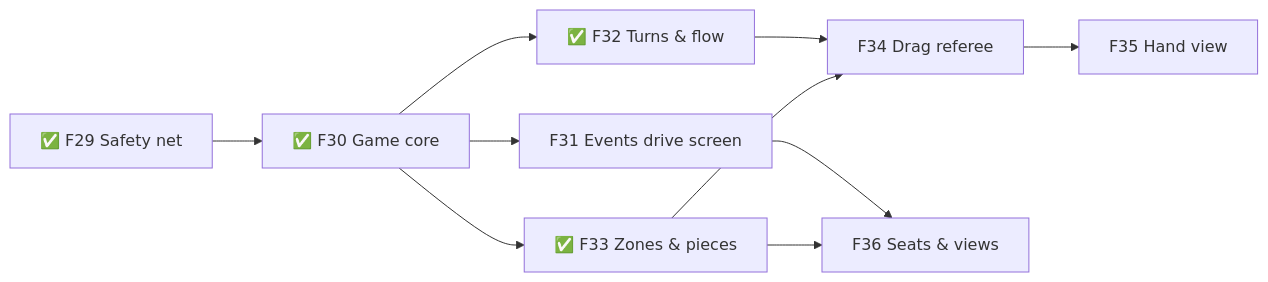
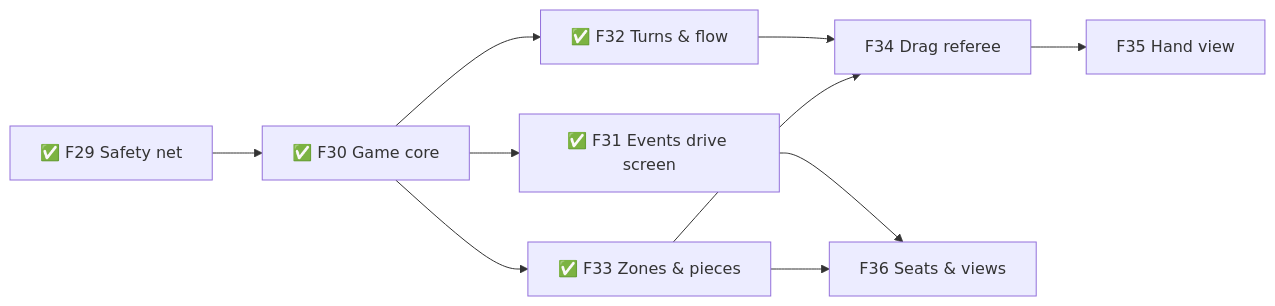
Before and after one commit to TheBlueMuzzy/glyphtender: the sixth of 6 diagrams in .planning/ROADMAP.md, drawn with Mermaid. The commit also changed other lines of this file and 3 other files, not shown here.

````diff
--- a/.planning/ROADMAP.md
+++ b/.planning/ROADMAP.md
@@ -123,12 +123,12 @@
 ```mermaid
 flowchart LR
   F29[✅ F29 Safety net] --> F30[✅ F30 Game core]
-  F30 --> F31[F31 Events drive screen]
+  F30 --> F31[✅ F31 Events drive screen]
   F30 --> F32[✅ F32 Turns & flow]
   F30 --> F33[✅ F33 Zones & pieces]
   F32 --> F34[F34 Drag referee]
   F33 --> F34
   F34 --> F35[F35 Hand view]
   F31 --> F36[F36 Seats & views]
   F33 --> F36
 ```
````
